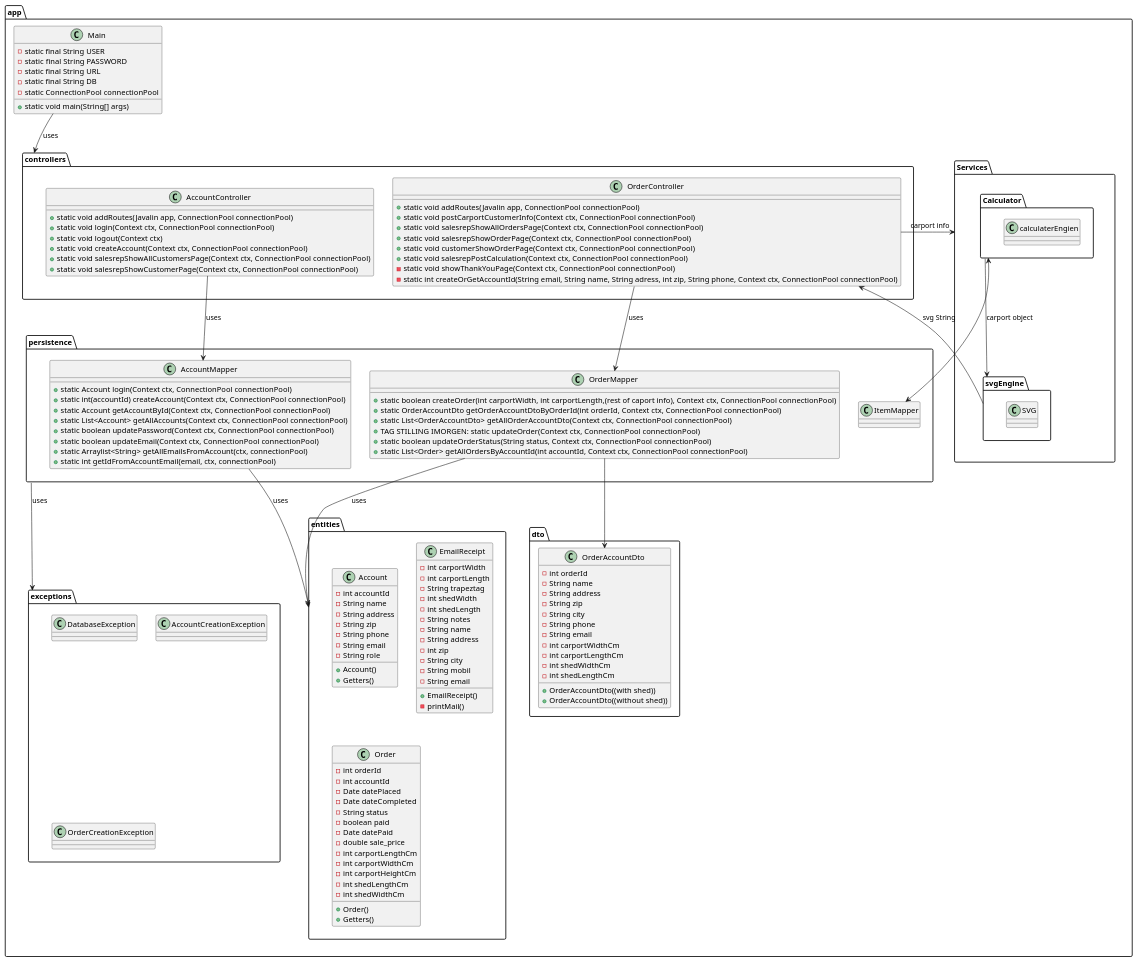
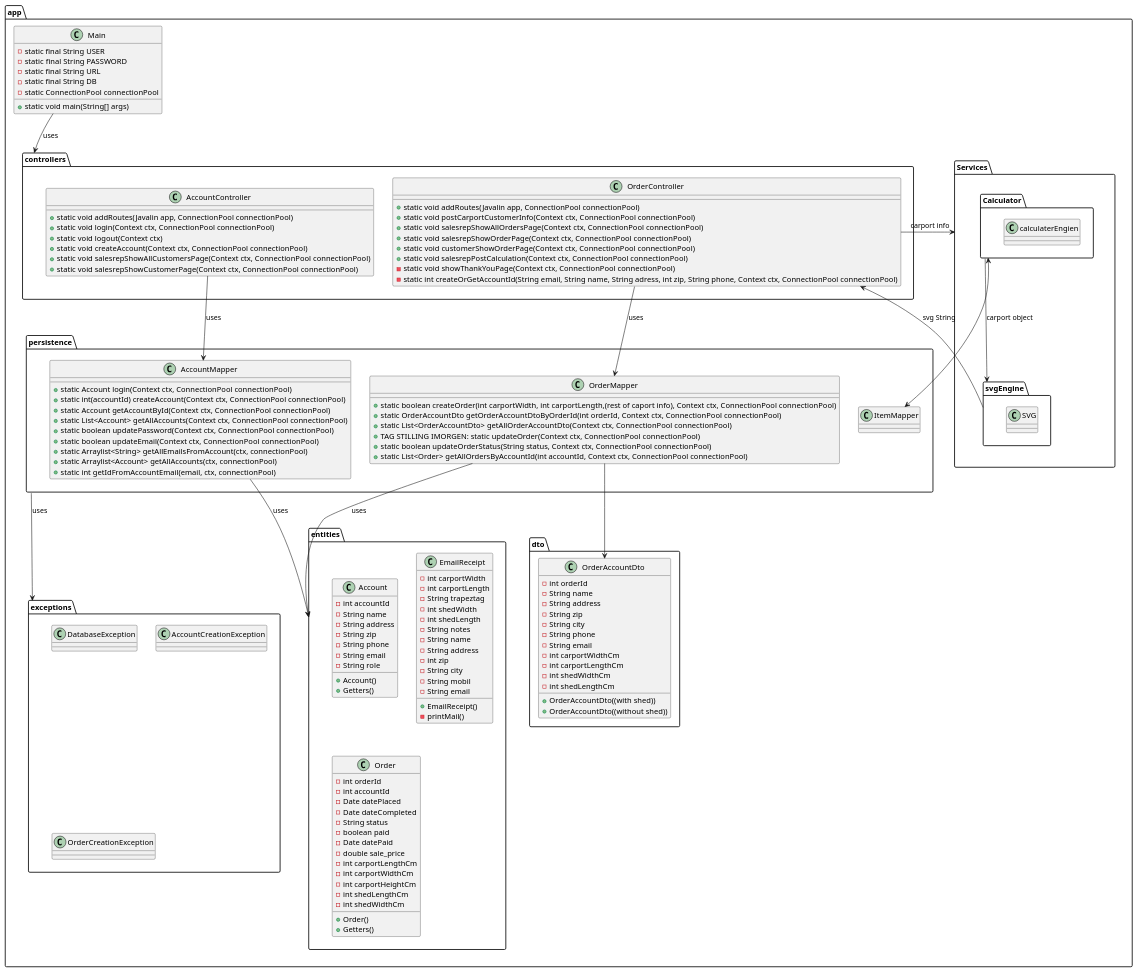
One commit to mrPrimeBeef/FogCarport changed the diagram in src/design/ClassDiagram.puml. Above: the diagram before and after it, drawn with PlantUML.

Commit message:
Update to class diagram

```diff
--- a/src/design/ClassDiagram.puml
+++ b/src/design/ClassDiagram.puml
@@ -1,189 +1,190 @@
 @startuml
 package app {
 
   class Main {
     - static final String USER
     - static final String PASSWORD
     - static final String URL
     - static final String DB
     - static ConnectionPool connectionPool
     + static void main(String[] args)
 
   }
 
 
   package controllers {
     class AccountController{
     + static void addRoutes(Javalin app, ConnectionPool connectionPool)
     + static void login(Context ctx, ConnectionPool connectionPool)
     + static void logout(Context ctx)
     + static void createAccount(Context ctx, ConnectionPool connectionPool)
     + static void salesrepShowAllCustomersPage(Context ctx, ConnectionPool connectionPool)
     + static void salesrepShowCustomerPage(Context ctx, ConnectionPool connectionPool)
 
 
       }
     class OrderController{
     + static void addRoutes(Javalin app, ConnectionPool connectionPool)
     + static void postCarportCustomerInfo(Context ctx, ConnectionPool connectionPool)
     + static void salesrepShowAllOrdersPage(Context ctx, ConnectionPool connectionPool)
     + static void salesrepShowOrderPage(Context ctx, ConnectionPool connectionPool)
     + static void customerShowOrderPage(Context ctx, ConnectionPool connectionPool)
     + static void salesrepPostCalculation(Context ctx, ConnectionPool connectionPool)
     - static void showThankYouPage(Context ctx, ConnectionPool connectionPool)
     - static int createOrGetAccountId(String email, String name, String adress, int zip, String phone, Context ctx, ConnectionPool connectionPool)
     }
   }
 
   package persistence {
     class AccountMapper{
       + static Account login(Context ctx, ConnectionPool connectionPool)
       + static int(accountId) createAccount(Context ctx, ConnectionPool connectionPool)
       + static Account getAccountById(Context ctx, ConnectionPool connectionPool)
       + static List<Account> getAllAccounts(Context ctx, ConnectionPool connectionPool)
       + static boolean updatePassword(Context ctx, ConnectionPool connectionPool)
       + static boolean updateEmail(Context ctx, ConnectionPool connectionPool)
       + static Arraylist<String> getAllEmailsFromAccount(ctx, connectionPool)
+      + static Arraylist<Account> getAllAccounts(ctx, connectionPool)
       + static int getIdFromAccountEmail(email, ctx, connectionPool)
 
     }
     class OrderMapper{
     + static boolean createOrder(int carportWidth, int carportLength,(rest of caport info), Context ctx, ConnectionPool connectionPool)
     + static OrderAccountDto getOrderAccountDtoByOrderId(int orderId, Context ctx, ConnectionPool connectionPool)
     + static List<OrderAccountDto> getAllOrderAccountDto(Context ctx, ConnectionPool connectionPool)
     + TAG STILLING IMORGEN: static updateOrder(Context ctx, ConnectionPool connectionPool)
     + static boolean updateOrderStatus(String status, Context ctx, ConnectionPool connectionPool)
     + static List<Order> getAllOrdersByAccountId(int accountId, Context ctx, ConnectionPool connectionPool)
     }
     class ItemMapper{
 
     }
   }
 
   package Services{
   package svgEngine {
   class SVG{
   }
   }
   package Calculator{
   class calculaterEngien{
 
   }
 
   }
   }
 
   package entities{
      class Account{
         - int accountId
         - String name
         - String address
         - String zip
         - String phone
         - String email
         - String role
         + Account()
         + Getters()
      }
 
      class EmailReceipt{
      - int carportWidth
      - int carportLength
      - String trapeztag
      -int shedWidth
      - int shedLength
      - String notes
      - String name
      - String address
      - int zip
      - String city
      - String mobil
      - String email
      + EmailReceipt()
      - printMail()
 
      }
 
      class Order {
              -int orderId
              -int accountId
              -Date datePlaced
              -Date dateCompleted
              -String status
              -boolean paid
              -Date datePaid
              -double sale_price
              -int carportLengthCm
              -int carportWidthCm
              -int carportHeightCm
              -int shedLengthCm
              -int shedWidthCm
              +Order()
              +Getters()
          }
 '     class Orderlines {
 '         - int orderNumber
 '         - int cupcakeId
 '         - int quantity
 '         + OrderLines(int orderNumber, int cupcakeId, int quantity)
 '         + int getOrderNumber()
 '         + int getCupcakeId()
 '         + int getQuantity()
 '         + calculateSubtotal(Cupcake cupcake)
 '         + toString()
 '         }
 
   }
 
   package dto {
 
     class OrderAccountDto {
        - int orderId
        - String name
        - String address
        - String zip
        - String city
        - String phone
        - String email
        - int carportWidthCm
        - int carportLengthCm
        - int shedWidthCm
        - int shedLengthCm
        + OrderAccountDto((with shed))
        + OrderAccountDto((without shed))
        }
 
   }
 
   package exceptions {
 
   class DatabaseException{
   }
 
   class AccountCreationException{
   }
   class OrderCreationException{
   }
   }
 
   }
 
     Main --> controllers : uses
 
     AccountController --> AccountMapper : uses
     OrderController --> OrderMapper : uses
     OrderMapper --> OrderAccountDto
 
     AccountMapper --> entities : uses
     OrderMapper --> entities : uses
 
     persistence -->  exceptions : uses
 
     Calculator --> svgEngine : carport object
 
     svgEngine --> OrderController : svg String
 
     Calculator <--> ItemMapper
 
     OrderController --> Services : carport info
 @enduml
```
